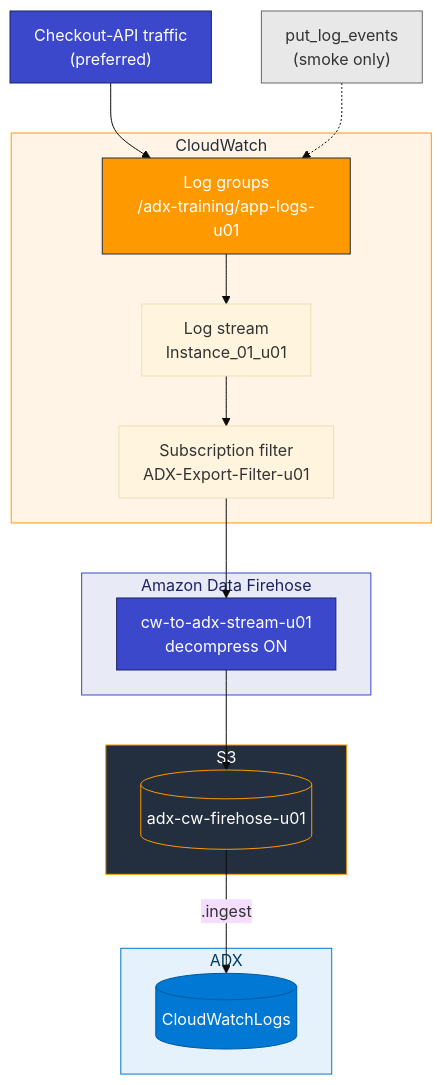
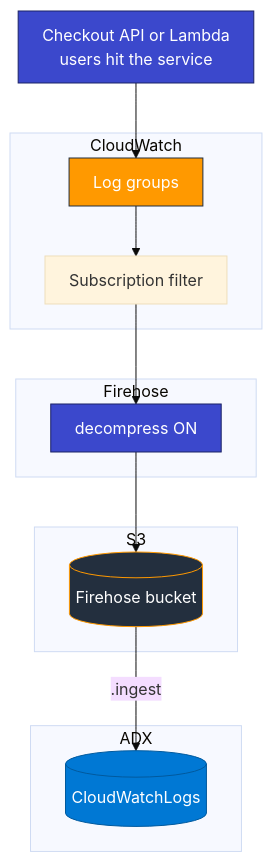
One commit to atingupta2005/adx-aws-training-aug-26 changed the first of 2 diagrams in Module_03_AWS_CloudWatch/03_CloudWatch_to_ADX_Lab.md. Above: the diagram before and after it, drawn with Mermaid. The commit also changed other lines of this file and 9 other files, not shown here.

````diff
--- a/Module_03_AWS_CloudWatch/03_CloudWatch_to_ADX_Lab.md
+++ b/Module_03_AWS_CloudWatch/03_CloudWatch_to_ADX_Lab.md
@@ -34,35 +35,24 @@
 ```mermaid
 %%{init: {"theme":"base","flowchart":{"htmlLabels":true,"padding":12}}}%%
 flowchart TB
   subgraph cw [CloudWatch]
-    LG["Log groups<br/>/adx-training/app-logs-u01"]
-    STR["Log stream<br/>Instance_01_u01"]
-    SF["Subscription filter<br/>ADX-Export-Filter-u01"]
+    LG["Log groups"]
+    SF["Subscription filter"]
   end
-  subgraph kin [Amazon Data Firehose]
-    FH["cw-to-adx-stream-u01<br/>decompress ON"]
+  subgraph kin [Firehose]
+    FH["decompress ON"]
   end
   subgraph s3 [S3]
-    BKT[("adx-cw-firehose-u01")]
+    BKT[("Firehose bucket")]
   end
   subgraph adx [ADX]
     TBL[("CloudWatchLogs")]
   end
-  APP["Checkout-API traffic<br/>(preferred)"] --> LG
-  PROBE["put_log_events<br/>(smoke only)"] -.-> LG
-  LG --> STR
-  STR --> SF
-  SF --> FH
-  FH --> BKT
-  BKT -->|".ingest"| TBL
-  style cw fill:#FFF4E5,stroke:#FF9900,color:#232F3E
-  style kin fill:#E8EAF6,stroke:#3B48CC,color:#1B2266
-  style s3 fill:#232F3E,stroke:#FF9900,color:#fff
-  style adx fill:#E6F2FB,stroke:#0078D4,color:#003A5D
-  style APP fill:#3B48CC,stroke:#1B2266,color:#fff
-  style PROBE fill:#E8E8E8,stroke:#666,color:#333
+  API["Checkout API or Lambda<br/>users hit the service"] --> LG
+  LG --> SF --> FH --> BKT -->|".ingest"| TBL
+  style API fill:#3B48CC,stroke:#1B2266,color:#fff
   style LG fill:#FF9900,stroke:#232F3E,color:#fff
   style FH fill:#3B48CC,stroke:#1B2266,color:#fff
   style BKT fill:#232F3E,stroke:#FF9900,color:#fff
   style TBL fill:#0078D4,stroke:#005A9E,color:#fff
 ```
````
